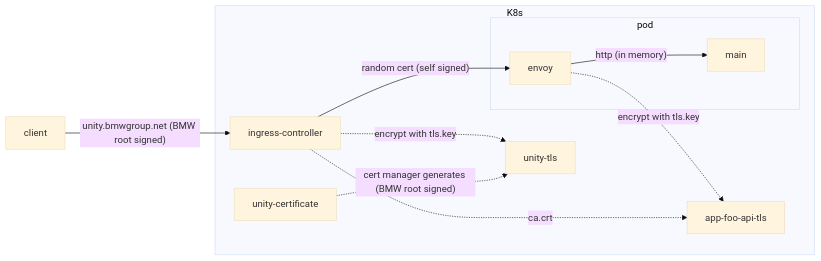
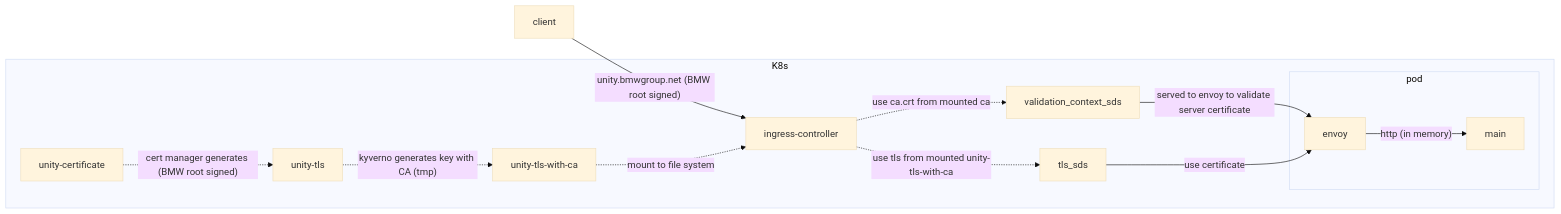
Before and after one commit to RomanKue/docs-example: the diagram in docs/dev-ops-handbook/certs.md, drawn with Mermaid (base theme). The commit also changed other lines of this file and 1 other file, not shown here.

````diff
--- a/docs/dev-ops-handbook/certs.md
+++ b/docs/dev-ops-handbook/certs.md
@@ -34,17 +34,18 @@
 ```mermaid
 graph LR
     client-- "unity.bmwgroup.net (BMW root signed)" -->ingress-controller
 
     subgraph K8s
-      ingress-controller-. "encrypt with tls.key" .->unity-tls
-      ingress-controller-. "ca.crt" .->app-foo-api-tls
       unity-certificate-. "cert manager generates (BMW root signed)" .->unity-tls
-      ingress-controller-- "random cert (self signed)" -->envoy
+      unity-tls-."kyverno generates key with CA (tmp)" .->unity-tls-with-ca
+      unity-tls-with-ca-."mount to file system" .->ingress-controller
+      ingress-controller-. "use ca.crt from mounted ca" .-> validation_context_sds
+      ingress-controller-. "use tls from mounted unity-tls-with-ca" .-> tls_sds
+      validation_context_sds-- "served to envoy to validate server certificate" -->envoy
+      tls_sds-- "use certificate" -->envoy
 
       subgraph pod
           envoy-- "http (in memory)" -->main
       end
-
-      envoy-. "encrypt with tls.key" .->app-foo-api-tls
     end
 ```
````
